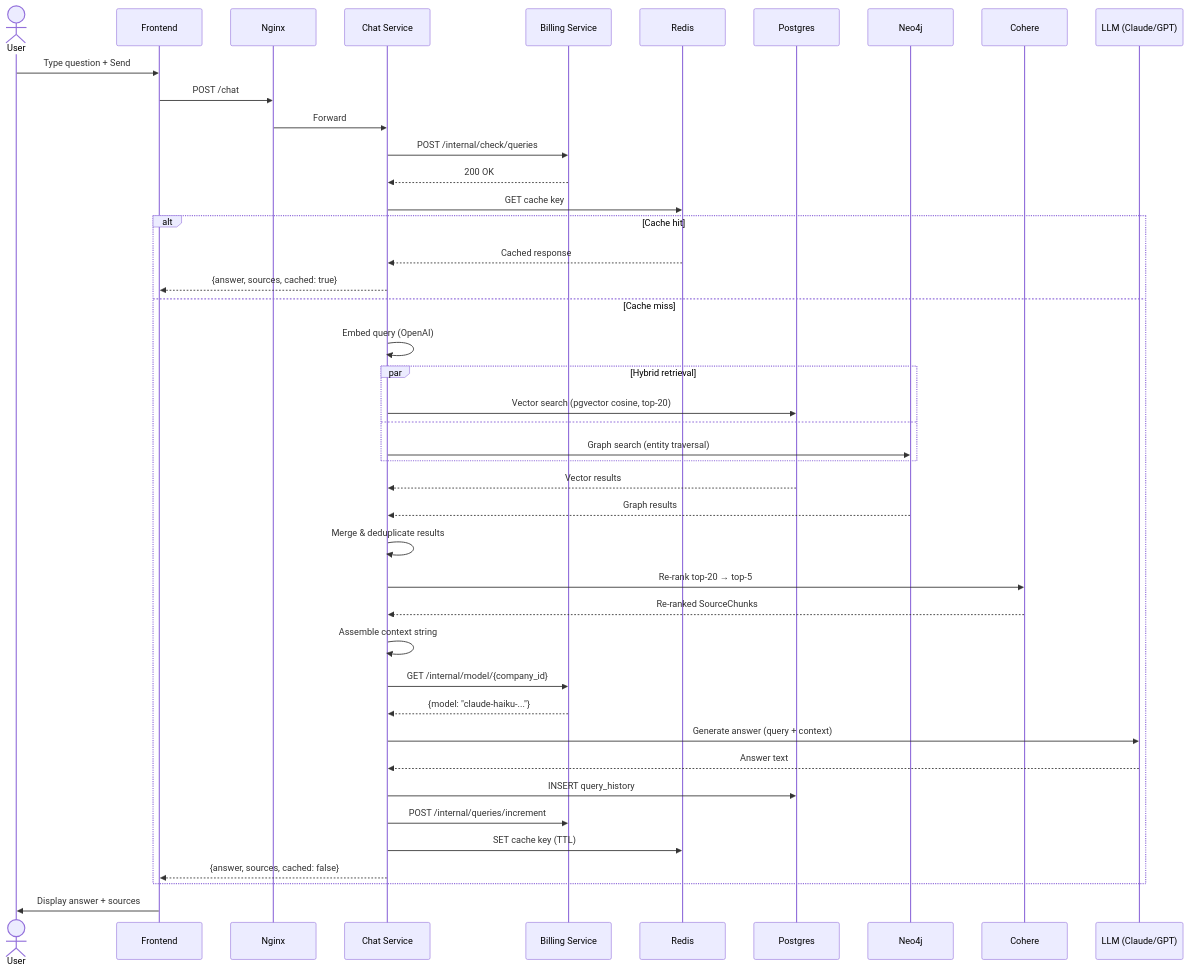
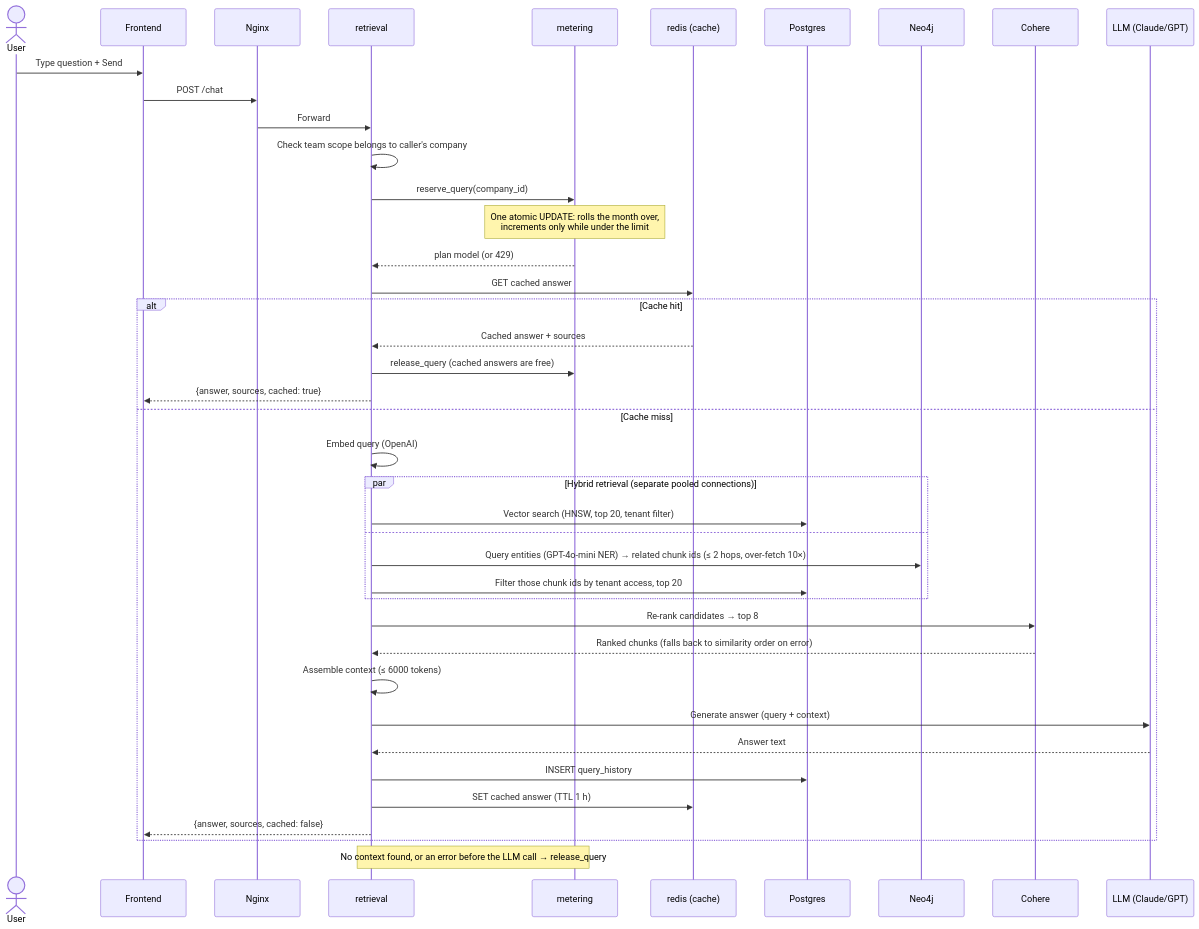
One commit to yavorm-tech/query-prism changed the fourth of 7 diagrams in docs/diagrams/sequence-diagrams.md. Above: the diagram before and after it, drawn with Mermaid. The commit also changed other lines of this file and 15 other files, not shown here.

````diff
--- a/docs/diagrams/sequence-diagrams.md
+++ b/docs/diagrams/sequence-diagrams.md
@@ -131,58 +141,51 @@
 ```mermaid
 sequenceDiagram
     actor User
     participant Frontend
     participant Nginx
-    participant ChatSvc as Chat Service
-    participant BillingSvc as Billing Service
-    participant Redis
+    participant Retrieval as retrieval
+    participant Metering as metering
+    participant Redis as redis (cache)
     participant Postgres
     participant Neo4j
     participant Cohere
     participant LLM as LLM (Claude/GPT)
 
     User->>Frontend: Type question + Send
     Frontend->>Nginx: POST /chat
-    Nginx->>ChatSvc: Forward
+    Nginx->>Retrieval: Forward
 
-    ChatSvc->>BillingSvc: POST /internal/check/queries
-    BillingSvc-->>ChatSvc: 200 OK
+    Retrieval->>Retrieval: Check team scope belongs to caller's company
+    Retrieval->>Metering: reserve_query(company_id)
+    Note over Metering: One atomic UPDATE: rolls the month over,<br/>increments only while under the limit
+    Metering-->>Retrieval: plan model (or 429)
 
-    ChatSvc->>Redis: GET cache key
+    Retrieval->>Redis: GET cached answer
     alt Cache hit
-        Redis-->>ChatSvc: Cached response
-        ChatSvc-->>Frontend: {answer, sources, cached: true}
+        Redis-->>Retrieval: Cached answer + sources
+        Retrieval->>Metering: release_query (cached answers are free)
+        Retrieval-->>Frontend: {answer, sources, cached: true}
     else Cache miss
-        ChatSvc->>ChatSvc: Embed query (OpenAI)
+        Retrieval->>Retrieval: Embed query (OpenAI)
 
-        par Hybrid retrieval
-            ChatSvc->>Postgres: Vector search (pgvector cosine, top-20)
+        par Hybrid retrieval (separate pooled connections)
+            Retrieval->>Postgres: Vector search (HNSW, top 20, tenant filter)
         and
-            ChatSvc->>Neo4j: Graph search (entity traversal)
+            Retrieval->>Neo4j: Query entities (GPT-4o-mini NER) → related chunk ids (≤ 2 hops, over-fetch 10×)
+            Retrieval->>Postgres: Filter those chunk ids by tenant access, top 20
         end
 
-        Postgres-->>ChatSvc: Vector results
-        Neo4j-->>ChatSvc: Graph results
+        Retrieval->>Cohere: Re-rank candidates → top 8
+        Cohere-->>Retrieval: Ranked chunks (falls back to similarity order on error)
+        Retrieval->>Retrieval: Assemble context (≤ 6000 tokens)
 
-        ChatSvc->>ChatSvc: Merge & deduplicate results
+        Retrieval->>LLM: Generate answer (query + context)
+        LLM-->>Retrieval: Answer text
 
-        ChatSvc->>Cohere: Re-rank top-20 → top-5
-        Cohere-->>ChatSvc: Re-ranked SourceChunks
-
-        ChatSvc->>ChatSvc: Assemble context string
-
-        ChatSvc->>BillingSvc: GET /internal/model/{company_id}
-        BillingSvc-->>ChatSvc: {model: "claude-haiku-..."}
-
-        ChatSvc->>LLM: Generate answer (query + context)
-        LLM-->>ChatSvc: Answer text
-
-        ChatSvc->>Postgres: INSERT query_history
-        ChatSvc->>BillingSvc: POST /internal/queries/increment
-        ChatSvc->>Redis: SET cache key (TTL)
-
-        ChatSvc-->>Frontend: {answer, sources, cached: false}
+        Retrieval->>Postgres: INSERT query_history
+        Retrieval->>Redis: SET cached answer (TTL 1 h)
+        Retrieval-->>Frontend: {answer, sources, cached: false}
     end
 
-    Frontend->>User: Display answer + sources
+    Note over Retrieval,Metering: No context found, or an error before the LLM call → release_query
 ```
````
